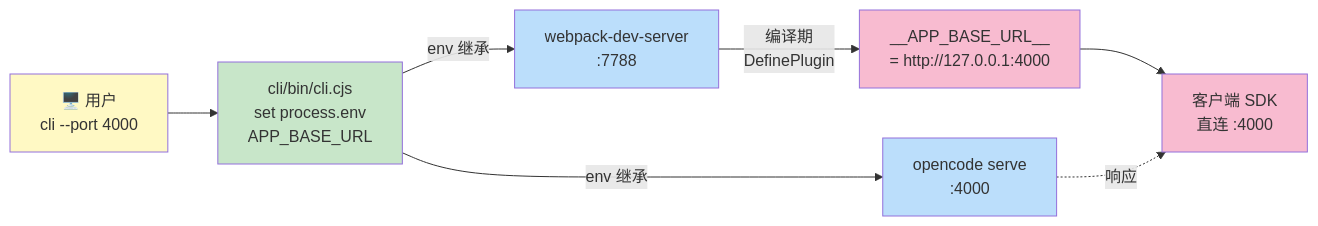
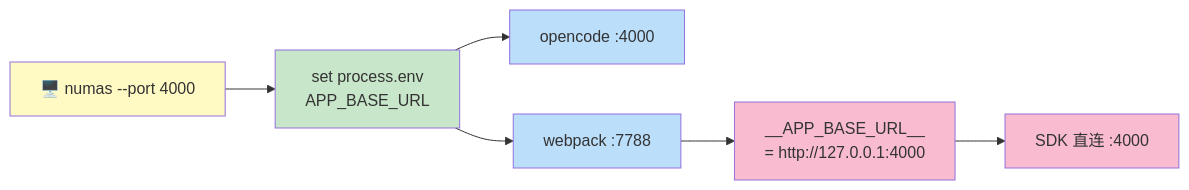
Before and after one commit to weizuxiao911/magicbook: the second of 3 diagrams in README.md, drawn with Mermaid. The commit also changed other lines of this file and 10 other files, not shown here.

````diff
--- a/README.md
+++ b/README.md
@@ -45,18 +20,17 @@
 ```mermaid
 graph LR
-    A["🖥️ 用户<br/>cli --port 4000"] --> B["cli/bin/cli.cjs<br/>set process.env<br/>APP_BASE_URL"]
-    B -->|"env 继承"| C["opencode serve<br/>:4000"]
-    B -->|"env 继承"| D["webpack-dev-server<br/>:7788"]
-    D -->|"编译期<br/>DefinePlugin"| E["__APP_BASE_URL__<br/>= http://127.0.0.1:4000"]
-    E --> F["客户端 SDK<br/>直连 :4000"]
-    C -.->|"响应"| F
+    A["🖥️ numas --port 4000"] --> B["set process.env<br/>APP_BASE_URL"]
+    B --> C["opencode :4000"]
+    B --> D["webpack :7788"]
+    D --> E["__APP_BASE_URL__<br/>= http://127.0.0.1:4000"]
+    E --> F["SDK 直连 :4000"]
 
     classDef user fill:#fff9c4
     classDef cli fill:#c8e6c9
-    classDef server fill:#bbdefb
-    classDef client fill:#f8bbd0
+    classDef srv fill:#bbdefb
+    classDef cli2 fill:#f8bbd0
     class A user
     class B cli
-    class C,D server
-    class E,F client
+    class C,D srv
+    class E,F cli2
 ```
````
